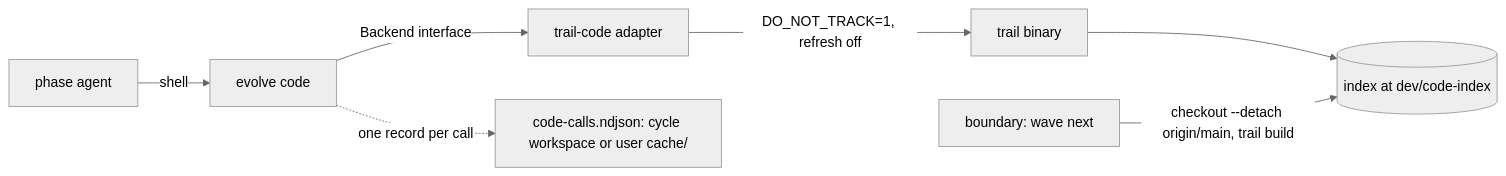
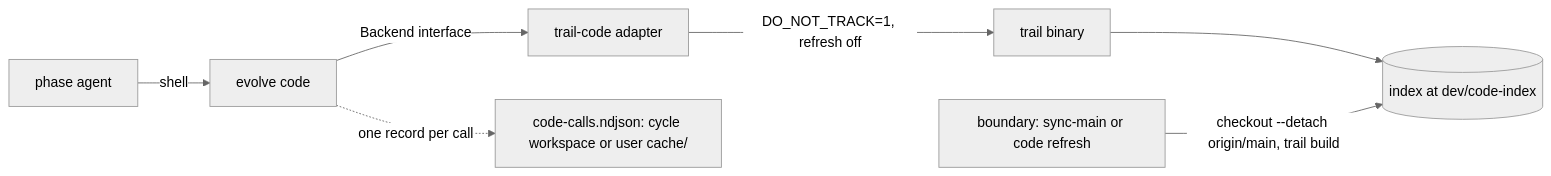
The first of 2 diagrams in docs/architecture/code-index-cli.md (mickeyyaya/evolve-loop), drawn with Mermaid (neutral theme) before and after one commit. The commit also changed other lines of this file and 26 other files, not shown here.

First line of the commit message:
feat: sync-main refreshes the code index, and each query warns when the index is stale

````diff
--- a/docs/architecture/code-index-cli.md
+++ b/docs/architecture/code-index-cli.md
@@ -306,9 +367,9 @@
 ```mermaid
 flowchart LR
     A[phase agent] -->|shell| B[evolve code]
     B -->|Backend interface| C[trail-code adapter]
     C -->|DO_NOT_TRACK=1, refresh off| D[trail binary]
     D --> E[(index at dev/code-index)]
     B -.->|one record per call| F[code-calls.ndjson: cycle workspace or user cache/]
-    G[boundary: wave next] -->|checkout --detach origin/main, trail build| E
+    G[boundary: sync-main or code refresh] -->|checkout --detach origin/main, trail build| E
 ```
````
